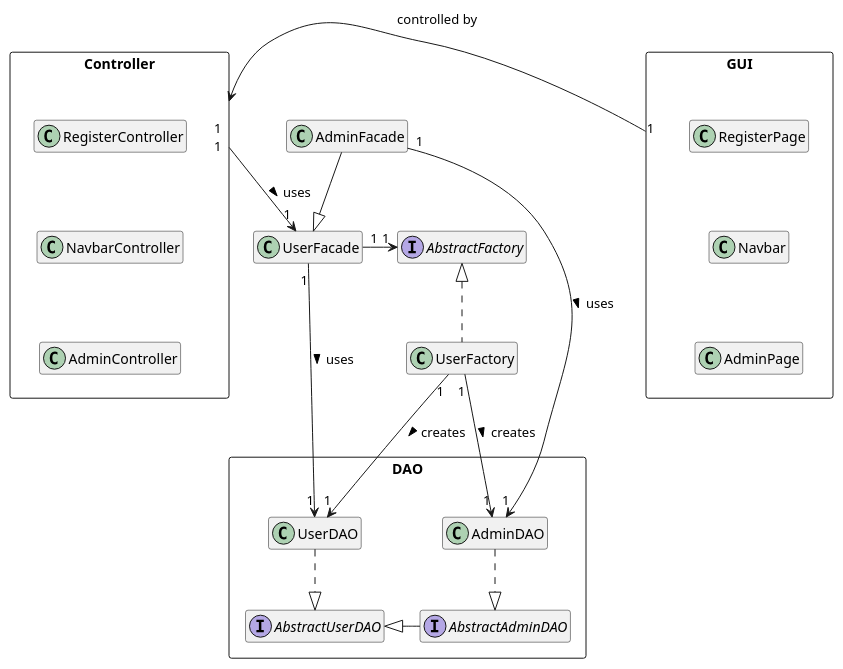
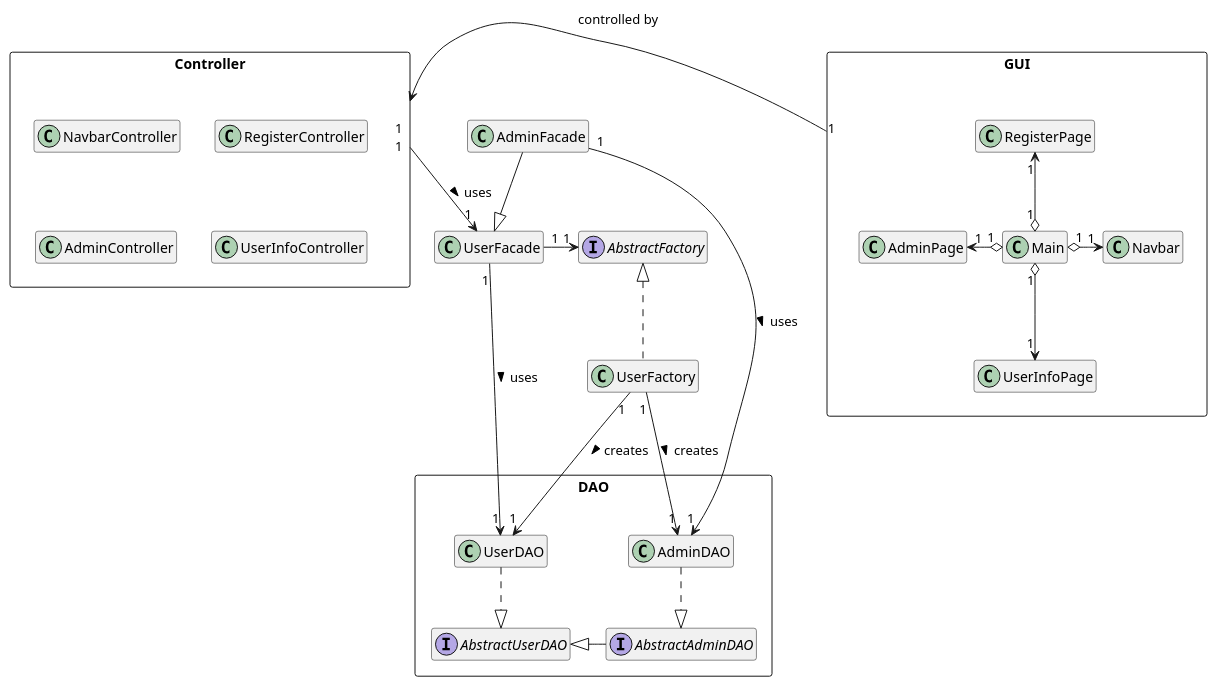
Before and after one commit to iusildra/WineCellar: the fifth of 5 diagrams in doc/reports/final/user.plantuml, drawn with PlantUML. The commit also changed other lines of this file, not shown here.

Commit message:
Removed UserPage class

```diff
--- a/doc/reports/final/user.plantuml
+++ b/doc/reports/final/user.plantuml
@@ -140,51 +145,60 @@
 @startuml userClassDiagram
 hide empty members
 
 rectangle GUI {
+  class Main
+  
   class RegisterPage
   class Navbar
   class AdminPage
+  class UserInfoPage
 
-  RegisterPage -[hidden]d- Navbar
-  Navbar -[hidden]d- AdminPage
+  Main "1" o-u-> "1" RegisterPage
+  Main "1" o-r-> "1" Navbar
+  Main "1" o-l-> "1" AdminPage
+  Main "1" o-d-> "1" UserInfoPage
+
+  ' RegisterPage -[hidden]d- Navbar
+  ' Navbar -[hidden]d- AdminPage
 }
 
 rectangle Controller {
   class RegisterController
+  class AdminController
+  class UserInfoController
   class NavbarController
-  class AdminController
 
-  RegisterController -[hidden]d- NavbarController
-  NavbarController -[hidden]d- AdminController
+  RegisterController -[hidden]d- AdminController
+  AdminController -[hidden]r- UserInfoController
 }
 
 rectangle DAO {
   interface AbstractUserDAO
   interface AbstractAdminDAO
   AbstractAdminDAO -|> AbstractUserDAO
 
   class UserDAO
   class AdminDAO
 
   UserDAO ..|> AbstractUserDAO
   AdminDAO ..|> AbstractAdminDAO
 }
 
 interface AbstractFactory
 class UserFactory
 
 class UserFacade
 class AdminFacade
 
 AdminFacade -d-|> UserFacade
 UserFactory .u.|> AbstractFactory
 
 GUI         "1" ->  "1" Controller: controlled by
 Controller  "1" --> "1" UserFacade: > uses
 UserFacade  "1" -r-> "1" AbstractFactory
 UserFactory "1" --> "1" UserDAO: > creates
 UserFactory "1" --> "1" AdminDAO: > creates
 
 UserFacade  "1" --> "1" UserDAO: > uses
 AdminFacade "1" --> "1" AdminDAO: > uses
 @enduml
```
